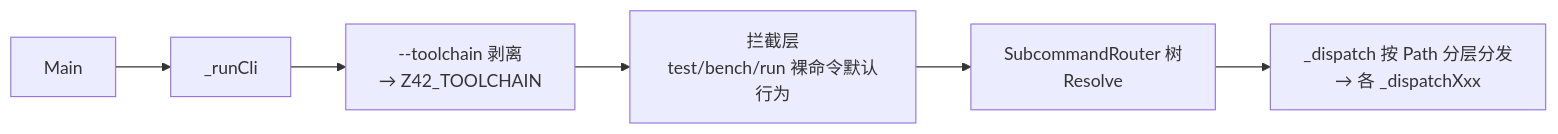
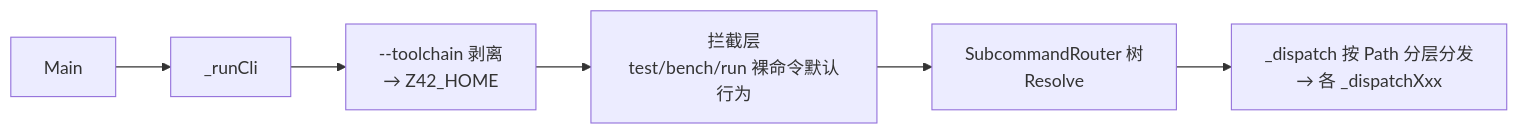
Before and after one commit to z42-lang/z42: the second of 2 diagrams in docs/book/src/dev/xtask.md, drawn with Mermaid. The commit also changed other lines of this file and 14 other files, not shown here.

First line of the commit message:
refactor(toolchain): env 折叠 Z42_HOME（删 Z42C_DIR/Z42_TOOLCHAIN）+ 文档

````diff
--- a/docs/book/src/dev/xtask.md
+++ b/docs/book/src/dev/xtask.md
@@ -47,8 +47,8 @@
 ```mermaid
 graph LR
     M[Main] --> R[_runCli]
-    R --> T[--toolchain 剥离<br/>→ Z42_TOOLCHAIN]
+    R --> T[--toolchain 剥离<br/>→ Z42_HOME]
     T --> I[拦截层<br/>test/bench/run 裸命令默认行为]
     I --> RT[SubcommandRouter 树<br/>Resolve]
     RT --> D[_dispatch 按 Path 分层分发<br/>→ 各 _dispatchXxx]
 ```
````
